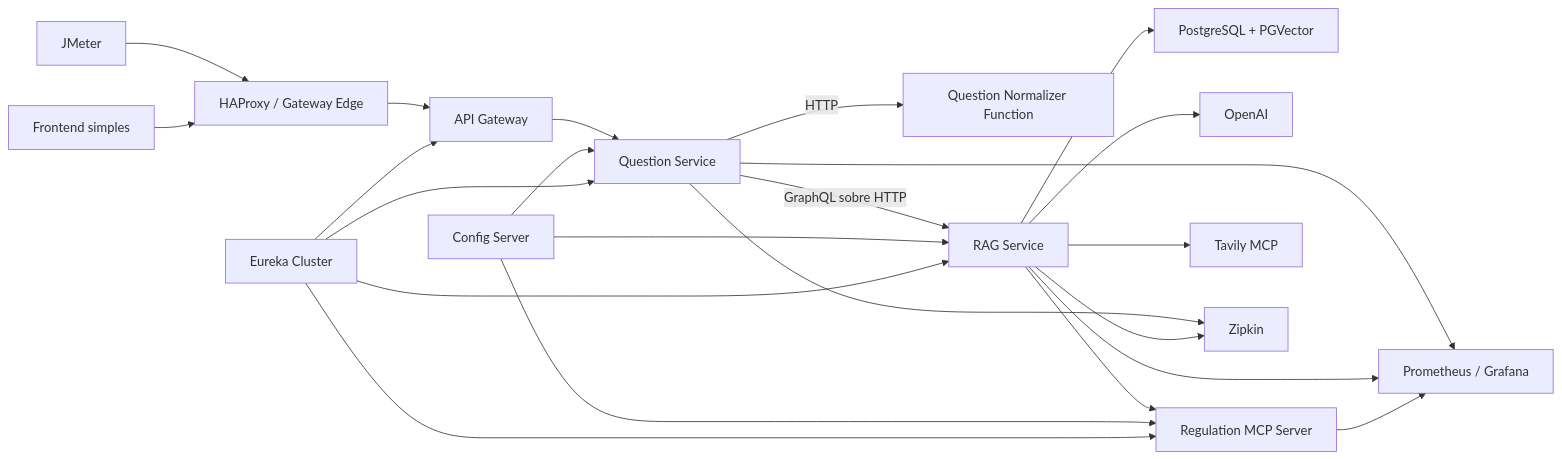
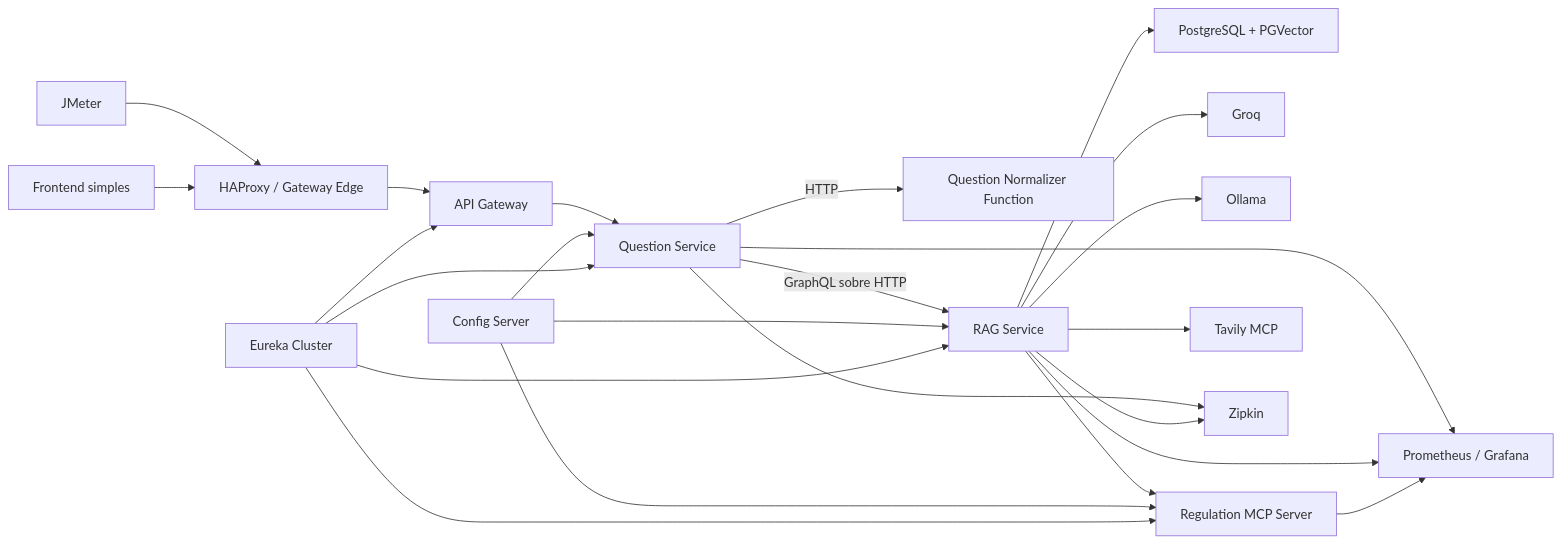
One commit to Lutercio/DistributedSystems-3 changed the diagram in IMPLEMENTATION_PLAN.md. Above: the diagram before and after it, drawn with Mermaid. The commit also changed other lines of this file and 23 other files, not shown here.

````diff
--- a/IMPLEMENTATION_PLAN.md
+++ b/IMPLEMENTATION_PLAN.md
@@ -119,29 +119,30 @@
 ```mermaid
 flowchart LR
     JM["JMeter"] --> GE["HAProxy / Gateway Edge"]
     UI["Frontend simples"] --> GE
     GE --> GW["API Gateway"]
     GW --> QS["Question Service"]
 
     QS -->|"HTTP"| NF["Question Normalizer Function"]
     QS -->|"GraphQL sobre HTTP"| RS["RAG Service"]
 
     RS --> PG["PostgreSQL + PGVector"]
-    RS --> OA["OpenAI"]
+    RS --> OA["Groq"]
+    RS --> OL["Ollama"]
     RS --> OM["Regulation MCP Server"]
     RS --> TM["Tavily MCP"]
 
     CS["Config Server"] --> QS
     CS --> RS
     CS --> OM
     EU["Eureka Cluster"] --> GW
     EU --> QS
     EU --> RS
     EU --> OM
 
     QS --> PR["Prometheus / Grafana"]
     RS --> PR
     OM --> PR
     QS --> ZP["Zipkin"]
     RS --> ZP
 ```
````
